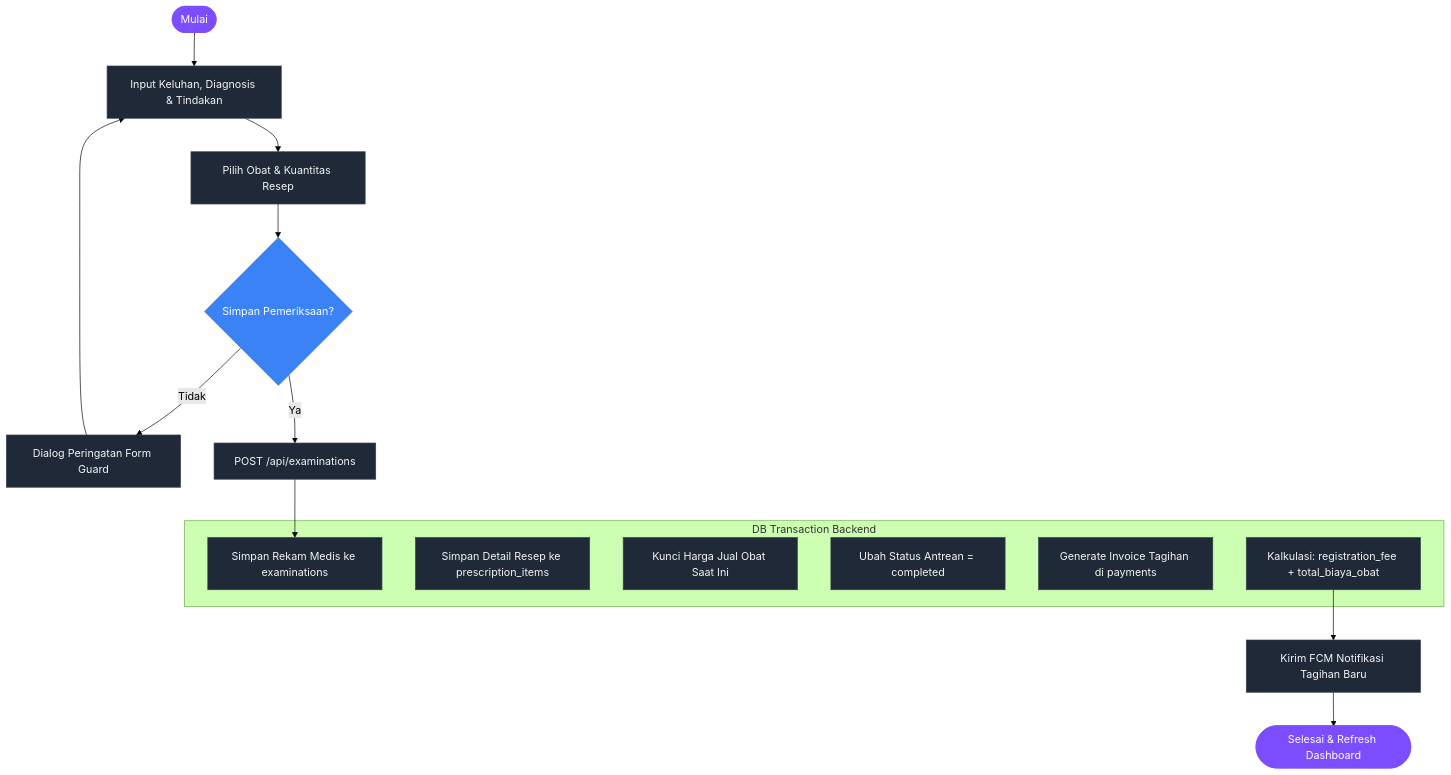
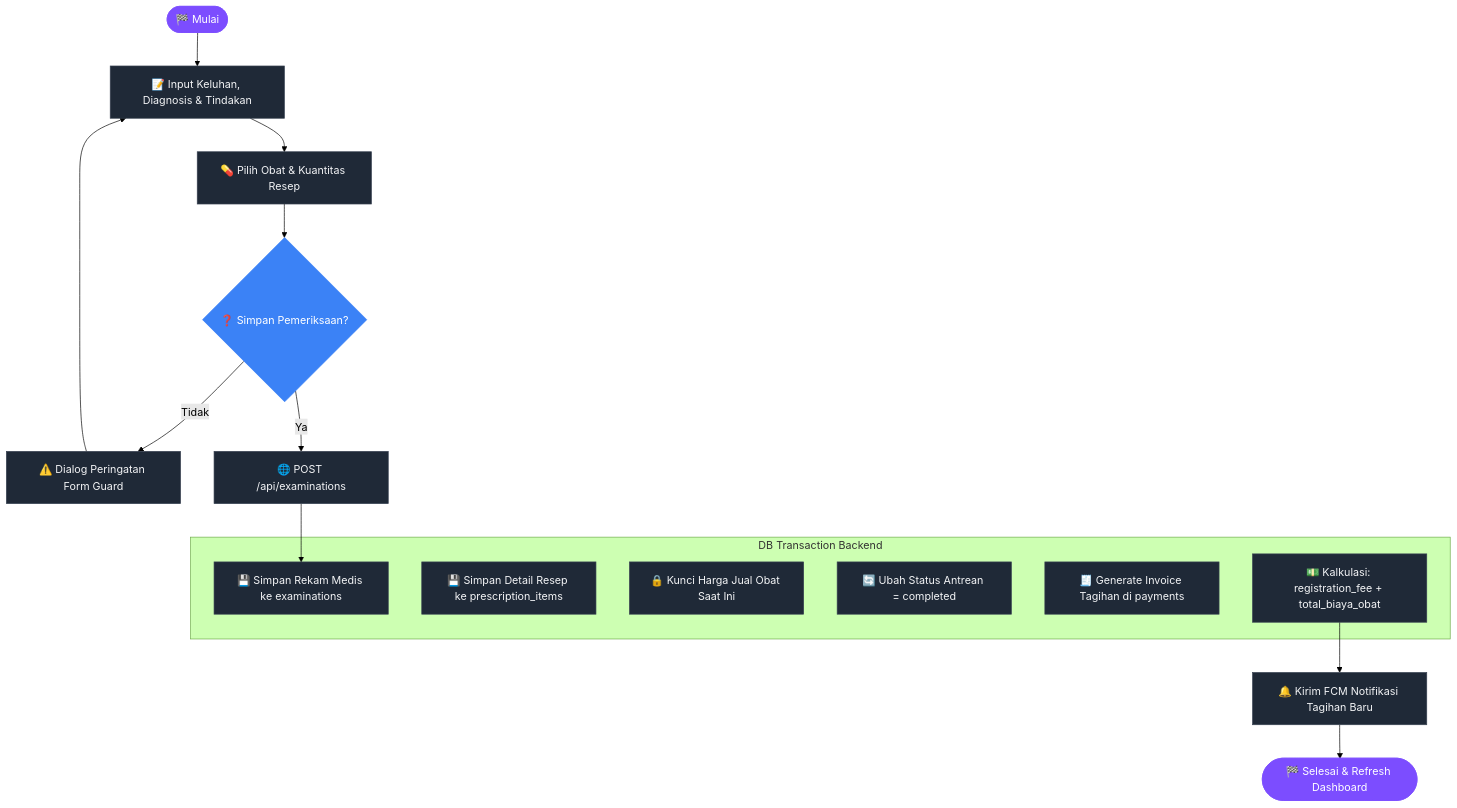
The sixth of 9 diagrams in dokumentasi/ALUR_BISNIS.md (Rezi14/NalaSeva-Mobile-Test), drawn with Mermaid (forest theme) before and after one commit. The commit also changed other lines of this file, not shown here.

````diff
--- a/dokumentasi/ALUR_BISNIS.md
+++ b/dokumentasi/ALUR_BISNIS.md
@@ -248,26 +248,26 @@
 ```mermaid
 flowchart TD
     classDef default fill:#1f2937,stroke:#374151,stroke-width:1px,color:#f3f4f6;
     classDef startEnd fill:#7c4dff,stroke:#7c4dff,color:#fff;
     classDef decision fill:#3b82f6,stroke:#3b82f6,color:#fff;
 
-    Start([Mulai]):::startEnd --> Form[Input Keluhan, Diagnosis & Tindakan]
-    Form --> Rx[Pilih Obat & Kuantitas Resep]
-    Rx --> Save{Simpan Pemeriksaan?}:::decision
+    Start([🏁 Mulai]):::startEnd --> Form[📝 Input Keluhan, Diagnosis & Tindakan]
+    Form --> Rx[💊 Pilih Obat & Kuantitas Resep]
+    Rx --> Save{❓ Simpan Pemeriksaan?}:::decision
     
-    Save -- Tidak --> Discard[Dialog Peringatan Form Guard] --> Form
-    Save -- Ya --> API[POST /api/examinations]
+    Save -- Tidak --> Discard[⚠️ Dialog Peringatan Form Guard] --> Form
+    Save -- Ya --> API[🌐 POST /api/examinations]
     
     subgraph DB Transaction Backend
-        DB1[Simpan Rekam Medis ke examinations]
-        DB2[Simpan Detail Resep ke prescription_items]
-        DB3[Kunci Harga Jual Obat Saat Ini]
-        DB4[Ubah Status Antrean = completed]
-        DB5[Generate Invoice Tagihan di payments]
-        DB6[Kalkulasi: registration_fee + total_biaya_obat]
+        DB1[💾 Simpan Rekam Medis ke examinations]
+        DB2[💾 Simpan Detail Resep ke prescription_items]
+        DB3[🔒 Kunci Harga Jual Obat Saat Ini]
+        DB4[🔄 Ubah Status Antrean = completed]
+        DB5[🧾 Generate Invoice Tagihan di payments]
+        DB6[💵 Kalkulasi: registration_fee + total_biaya_obat]
     end
     
     API --> DB1
-    DB6 --> FCM[Kirim FCM Notifikasi Tagihan Baru]
-    FCM --> Done([Selesai & Refresh Dashboard]):::startEnd
+    DB6 --> FCM[🔔 Kirim FCM Notifikasi Tagihan Baru]
+    FCM --> Done([🏁 Selesai & Refresh Dashboard]):::startEnd
 ```
````
